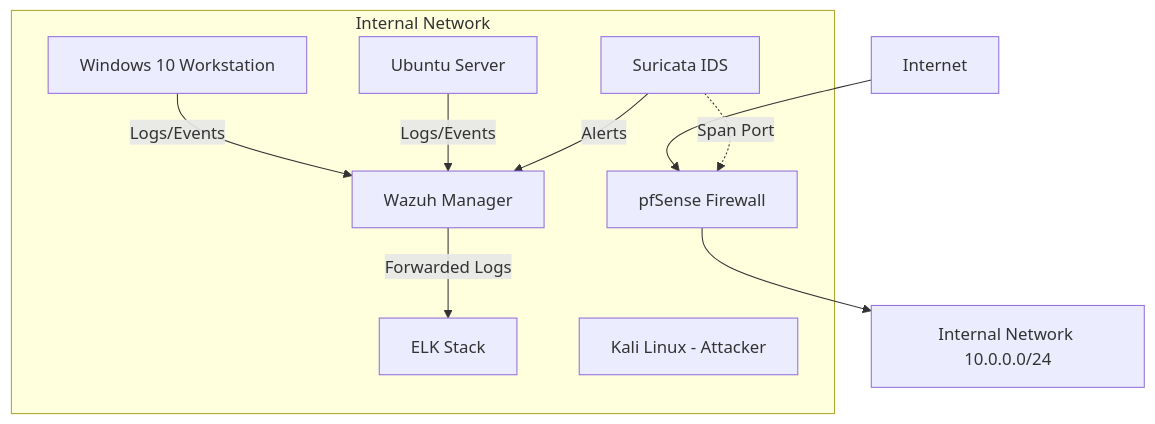
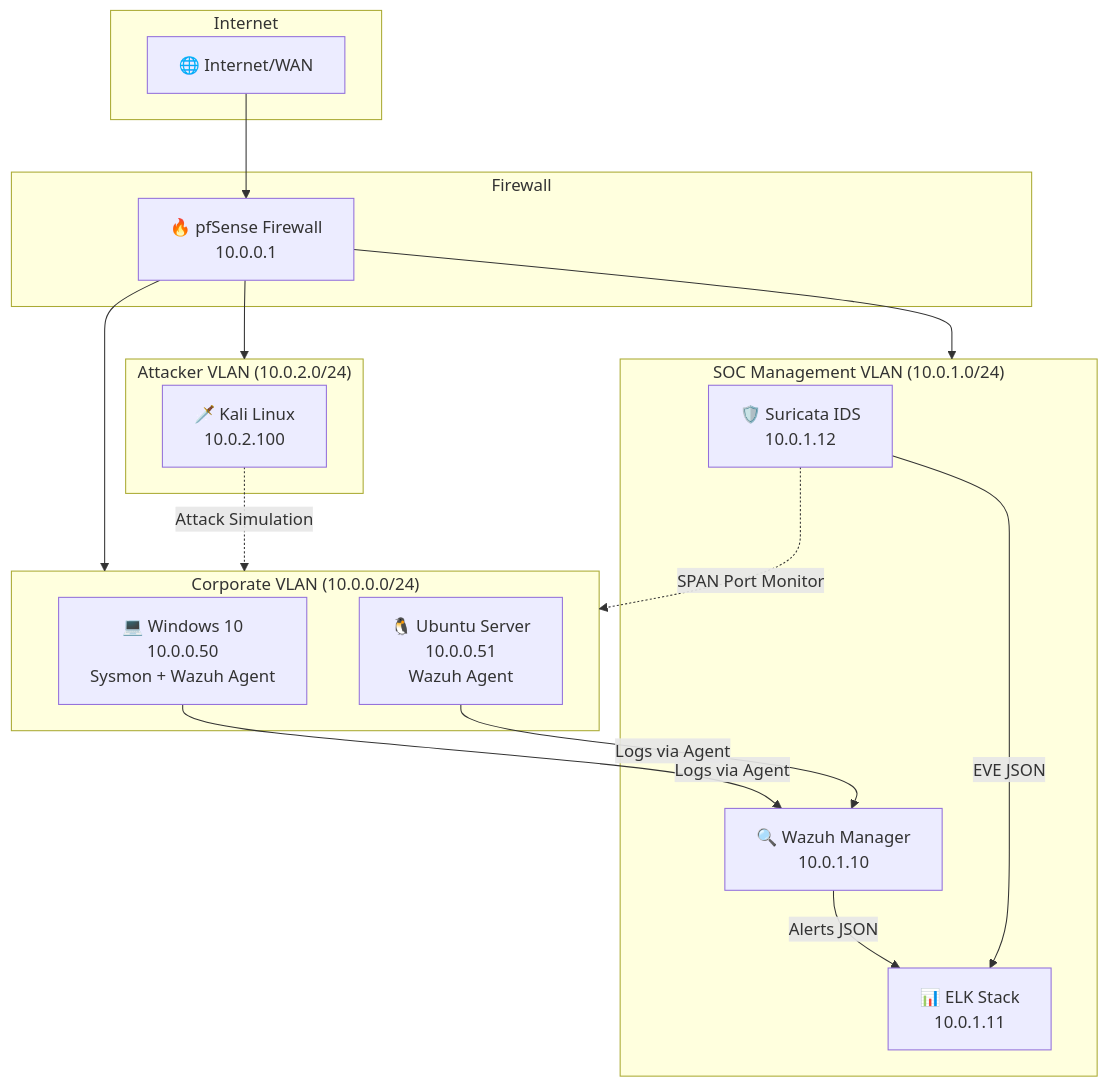
One commit to omaralraas/SOC-home-lab changed the diagram in README.md. Above: the diagram before and after it, drawn with Mermaid. The commit also changed other lines of this file, not shown here.

Commit message:
Update README with polished documentation, badges, and architecture diagrams

````diff
--- a/README.md
+++ b/README.md
@@ -14,20 +30,37 @@
 ```mermaid
-graph TD
-    Internet[Internet] --> FW[pfSense Firewall]
-    FW --> Internal[Internal Network 10.0.0.0/24]
-    
-    subgraph "Internal Network"
-        IDS[Suricata IDS] -.-> |Span Port| FW
-        Wazuh[Wazuh Manager]
-        ELK[ELK Stack]
-        Win10[Windows 10 Workstation]
-        Ubuntu[Ubuntu Server]
-        Kali[Kali Linux - Attacker]
+graph TB
+    subgraph Internet
+        WAN[🌐 Internet/WAN]
     end
-    
-    Win10 -- Logs/Events --> Wazuh
-    Ubuntu -- Logs/Events --> Wazuh
-    IDS -- Alerts --> Wazuh
-    
-    Wazuh -- Forwarded Logs --> ELK
+
+    subgraph Firewall
+        PF[🔥 pfSense Firewall<br/>10.0.0.1]
+    end
+
+    subgraph SOC_MGMT["SOC Management VLAN (10.0.1.0/24)"]
+        WZ[🔍 Wazuh Manager<br/>10.0.1.10]
+        ELK[📊 ELK Stack<br/>10.0.1.11]
+        SUR[🛡️ Suricata IDS<br/>10.0.1.12]
+    end
+
+    subgraph CORP["Corporate VLAN (10.0.0.0/24)"]
+        WIN[💻 Windows 10<br/>10.0.0.50<br/>Sysmon + Wazuh Agent]
+        UBU[🐧 Ubuntu Server<br/>10.0.0.51<br/>Wazuh Agent]
+    end
+
+    subgraph ATTACKER["Attacker VLAN (10.0.2.0/24)"]
+        KALI[🗡️ Kali Linux<br/>10.0.2.100]
+    end
+
+    WAN --> PF
+    PF --> SOC_MGMT
+    PF --> CORP
+    PF --> ATTACKER
+
+    WIN -->|Logs via Agent| WZ
+    UBU -->|Logs via Agent| WZ
+    WZ -->|Alerts JSON| ELK
+    SUR -->|EVE JSON| ELK
+    KALI -.->|Attack Simulation| CORP
+    SUR -.->|SPAN Port Monitor| CORP
 ```
````
